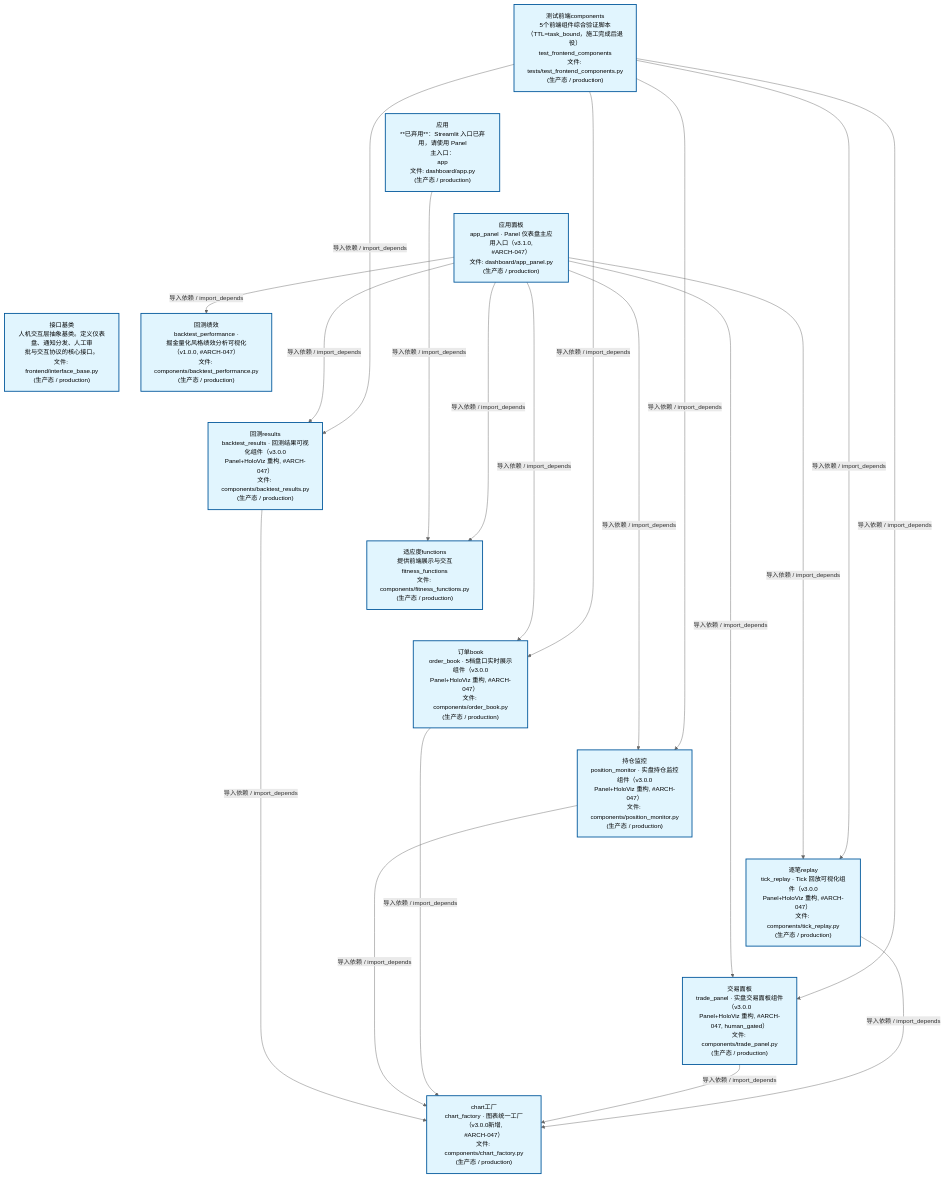
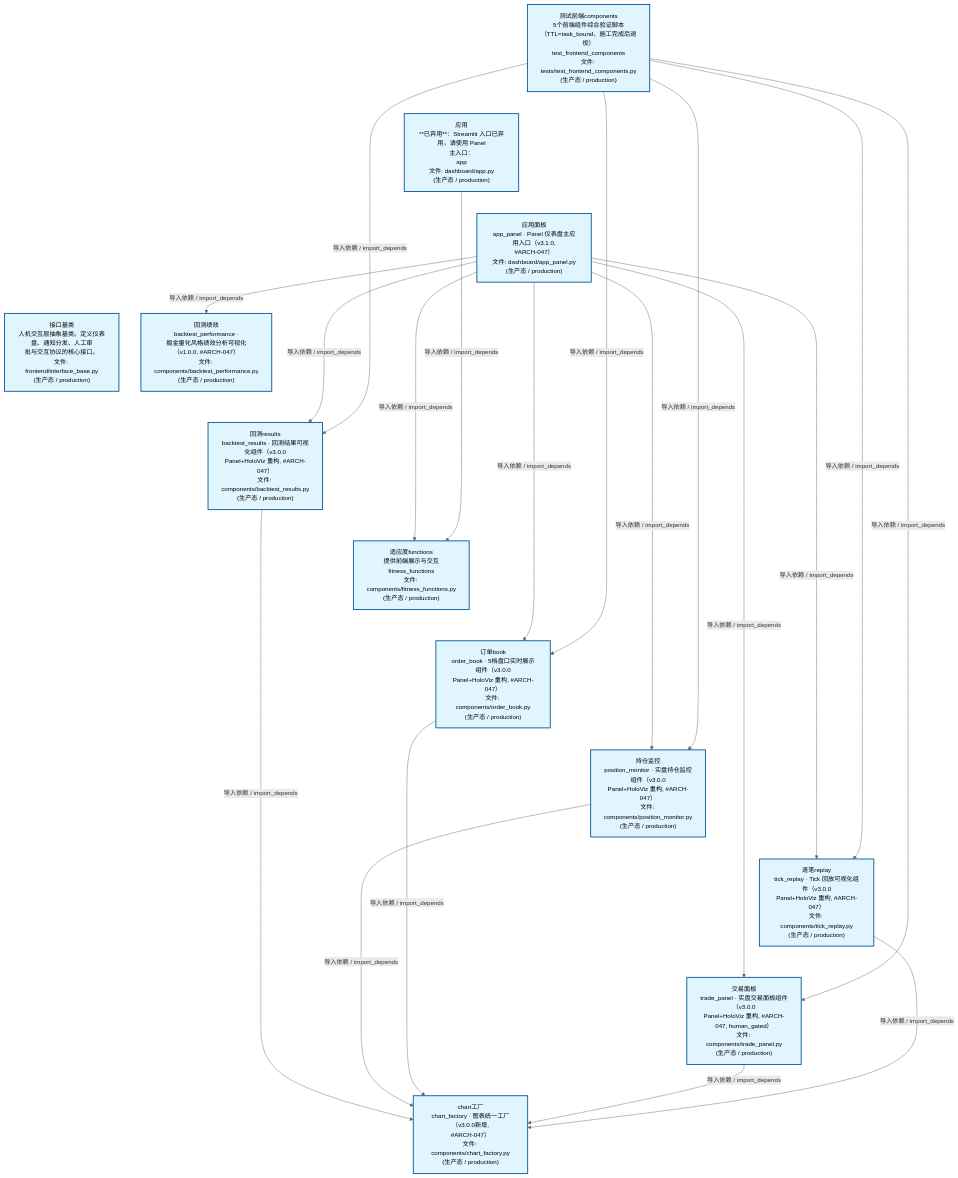
Before and after one commit to xuanFelixVan/ZephyrAlpha: the second of 4 diagrams in docs/02_enterprise_architecture/02_domain_architecture_docs/47_d_frontend.md, drawn with Mermaid. The commit also changed other lines of this file and 45 other files, not shown here.

````diff
--- a/docs/02_enterprise_architecture/02_domain_architecture_docs/47_d_frontend.md
+++ b/docs/02_enterprise_architecture/02_domain_architecture_docs/47_d_frontend.md
@@ -124,48 +124,48 @@
 ```mermaid
 %%{init: {'theme': 'base', 'themeVariables': {'primaryColor': '#eaeaea', 'primaryTextColor': '#333333', 'primaryBorderColor': '#666666', 'lineColor': '#666666', 'secondaryColor': '#eaeaea', 'tertiaryColor': '#eaeaea', 'fontSize': '14px'}}}%%
 flowchart TD
     scripts_tests_test_frontend_components_py["测试前端components<br/>5个前端组件综合验证脚本<br/>（TTL=task_bound，施工完成后退役）<br/>test_frontend_components<br/>文件: tests/test_frontend_components.py<br/>(生产态 / production)"]
     src_zephyr_frontend_dashboard_app_py["应用<br/>**已弃用**：Streamlit 入口已弃用，请使用 Panel<br/>主入口：<br/>app<br/>文件: dashboard/app.py<br/>(生产态 / production)"]
     src_zephyr_frontend_dashboard_app_panel_py["应用面板<br/>app_panel · Panel 仪表盘主应用入口（v3.1.0,<br/>#ARCH-047）<br/>文件: dashboard/app_panel.py<br/>(生产态 / production)"]
     src_zephyr_frontend_interface_base_py["接口基类<br/>人机交互层抽象基类。定义仪表盘、通知分发、人工审<br/>批与交互协议的核心接口。<br/>文件: frontend/interface_base.py<br/>(生产态 / production)"]
     scripts_tests_test_frontend_components_py ~~~ src_zephyr_frontend_dashboard_app_py
     src_zephyr_frontend_dashboard_app_py ~~~ src_zephyr_frontend_dashboard_app_panel_py
     src_zephyr_frontend_dashboard_app_panel_py ~~~ src_zephyr_frontend_interface_base_py
     src_zephyr_frontend_dashboard_components_backtest_performance_py["回测绩效<br/>backtest_performance ·<br/>掘金量化风格绩效分析可视化（v1.0.0, #ARCH-047）<br/>文件: components/backtest_performance.py<br/>(生产态 / production)"]
     src_zephyr_frontend_dashboard_components_backtest_results_py["回测results<br/>backtest_results · 回测结果可视化组件（v3.0.0<br/>Panel+HoloViz 重构, #ARCH-047）<br/>文件: components/backtest_results.py<br/>(生产态 / production)"]
     src_zephyr_frontend_dashboard_components_fitness_functions_py["适应度functions<br/>提供前端展示与交互<br/>fitness_functions<br/>文件: components/fitness_functions.py<br/>(生产态 / production)"]
     src_zephyr_frontend_dashboard_components_order_book_py["订单book<br/>order_book · 5档盘口实时展示组件（v3.0.0<br/>Panel+HoloViz 重构, #ARCH-047）<br/>文件: components/order_book.py<br/>(生产态 / production)"]
     src_zephyr_frontend_dashboard_components_position_monitor_py["持仓监控<br/>position_monitor · 实盘持仓监控组件（v3.0.0<br/>Panel+HoloViz 重构, #ARCH-047）<br/>文件: components/position_monitor.py<br/>(生产态 / production)"]
     src_zephyr_frontend_dashboard_components_tick_replay_py["逐笔replay<br/>tick_replay · Tick 回放可视化组件（v3.0.0<br/>Panel+HoloViz 重构, #ARCH-047）<br/>文件: components/tick_replay.py<br/>(生产态 / production)"]
     src_zephyr_frontend_dashboard_components_trade_panel_py["交易面板<br/>trade_panel · 实盘交易面板组件（v3.0.0<br/>Panel+HoloViz 重构, #ARCH-047, human_gated）<br/>文件: components/trade_panel.py<br/>(生产态 / production)"]
     src_zephyr_frontend_dashboard_components_backtest_performance_py ~~~ src_zephyr_frontend_dashboard_components_backtest_results_py
     src_zephyr_frontend_dashboard_components_backtest_results_py ~~~ src_zephyr_frontend_dashboard_components_fitness_functions_py
     src_zephyr_frontend_dashboard_components_fitness_functions_py ~~~ src_zephyr_frontend_dashboard_components_order_book_py
     src_zephyr_frontend_dashboard_components_order_book_py ~~~ src_zephyr_frontend_dashboard_components_position_monitor_py
     src_zephyr_frontend_dashboard_components_position_monitor_py ~~~ src_zephyr_frontend_dashboard_components_tick_replay_py
     src_zephyr_frontend_dashboard_components_tick_replay_py ~~~ src_zephyr_frontend_dashboard_components_trade_panel_py
     src_zephyr_frontend_dashboard_components_chart_factory_py["chart工厂<br/>chart_factory · 图表统一工厂（v3.0.0新增,<br/>#ARCH-047）<br/>文件: components/chart_factory.py<br/>(生产态 / production)"]
-    src_zephyr_frontend_dashboard_components_backtest_results_py -->|导入依赖 / import_depends| src_zephyr_frontend_dashboard_components_chart_factory_py
-    src_zephyr_frontend_dashboard_app_py -->|导入依赖 / import_depends| src_zephyr_frontend_dashboard_components_fitness_functions_py
+    src_zephyr_frontend_dashboard_app_panel_py -->|导入依赖 / import_depends| src_zephyr_frontend_dashboard_components_backtest_performance_py
+    src_zephyr_frontend_dashboard_app_panel_py -->|导入依赖 / import_depends| src_zephyr_frontend_dashboard_components_fitness_functions_py
     src_zephyr_frontend_dashboard_app_panel_py -->|导入依赖 / import_depends| src_zephyr_frontend_dashboard_components_backtest_results_py
-    src_zephyr_frontend_dashboard_app_panel_py -->|导入依赖 / import_depends| src_zephyr_frontend_dashboard_components_fitness_functions_py
-    src_zephyr_frontend_dashboard_app_panel_py -->|导入依赖 / import_depends| src_zephyr_frontend_dashboard_components_backtest_performance_py
     src_zephyr_frontend_dashboard_app_panel_py -->|导入依赖 / import_depends| src_zephyr_frontend_dashboard_components_position_monitor_py
     src_zephyr_frontend_dashboard_app_panel_py -->|导入依赖 / import_depends| src_zephyr_frontend_dashboard_components_order_book_py
     src_zephyr_frontend_dashboard_app_panel_py -->|导入依赖 / import_depends| src_zephyr_frontend_dashboard_components_trade_panel_py
     src_zephyr_frontend_dashboard_app_panel_py -->|导入依赖 / import_depends| src_zephyr_frontend_dashboard_components_tick_replay_py
+    src_zephyr_frontend_dashboard_app_py -->|导入依赖 / import_depends| src_zephyr_frontend_dashboard_components_fitness_functions_py
+    src_zephyr_frontend_dashboard_components_backtest_results_py -->|导入依赖 / import_depends| src_zephyr_frontend_dashboard_components_chart_factory_py
     src_zephyr_frontend_dashboard_components_position_monitor_py -->|导入依赖 / import_depends| src_zephyr_frontend_dashboard_components_chart_factory_py
     src_zephyr_frontend_dashboard_components_order_book_py -->|导入依赖 / import_depends| src_zephyr_frontend_dashboard_components_chart_factory_py
     src_zephyr_frontend_dashboard_components_trade_panel_py -->|导入依赖 / import_depends| src_zephyr_frontend_dashboard_components_chart_factory_py
     src_zephyr_frontend_dashboard_components_tick_replay_py -->|导入依赖 / import_depends| src_zephyr_frontend_dashboard_components_chart_factory_py
     scripts_tests_test_frontend_components_py -->|导入依赖 / import_depends| src_zephyr_frontend_dashboard_components_backtest_results_py
     scripts_tests_test_frontend_components_py -->|导入依赖 / import_depends| src_zephyr_frontend_dashboard_components_position_monitor_py
     scripts_tests_test_frontend_components_py -->|导入依赖 / import_depends| src_zephyr_frontend_dashboard_components_order_book_py
     scripts_tests_test_frontend_components_py -->|导入依赖 / import_depends| src_zephyr_frontend_dashboard_components_trade_panel_py
     scripts_tests_test_frontend_components_py -->|导入依赖 / import_depends| src_zephyr_frontend_dashboard_components_tick_replay_py
     classDef production fill:#e1f5fe,stroke:#01579b,stroke-width:2px,color:#000
     classDef design fill:#fff3e0,stroke:#e65100,stroke-width:2px,color:#000,stroke-dasharray: 5 5
     classDef external_prod fill:#e8f4fd,stroke:#0277bd,stroke-width:1px,color:#000
     classDef external_design fill:#fff8e7,stroke:#ef6c00,stroke-width:1px,color:#000,stroke-dasharray: 5 5
     class scripts_tests_test_frontend_components_py,src_zephyr_frontend_dashboard_app_py,src_zephyr_frontend_dashboard_app_panel_py,src_zephyr_frontend_dashboard_components_backtest_performance_py,src_zephyr_frontend_dashboard_components_backtest_results_py,src_zephyr_frontend_dashboard_components_chart_factory_py,src_zephyr_frontend_dashboard_components_fitness_functions_py,src_zephyr_frontend_dashboard_components_order_book_py,src_zephyr_frontend_dashboard_components_position_monitor_py,src_zephyr_frontend_dashboard_components_tick_replay_py,src_zephyr_frontend_dashboard_components_trade_panel_py,src_zephyr_frontend_interface_base_py production
 ```
````
